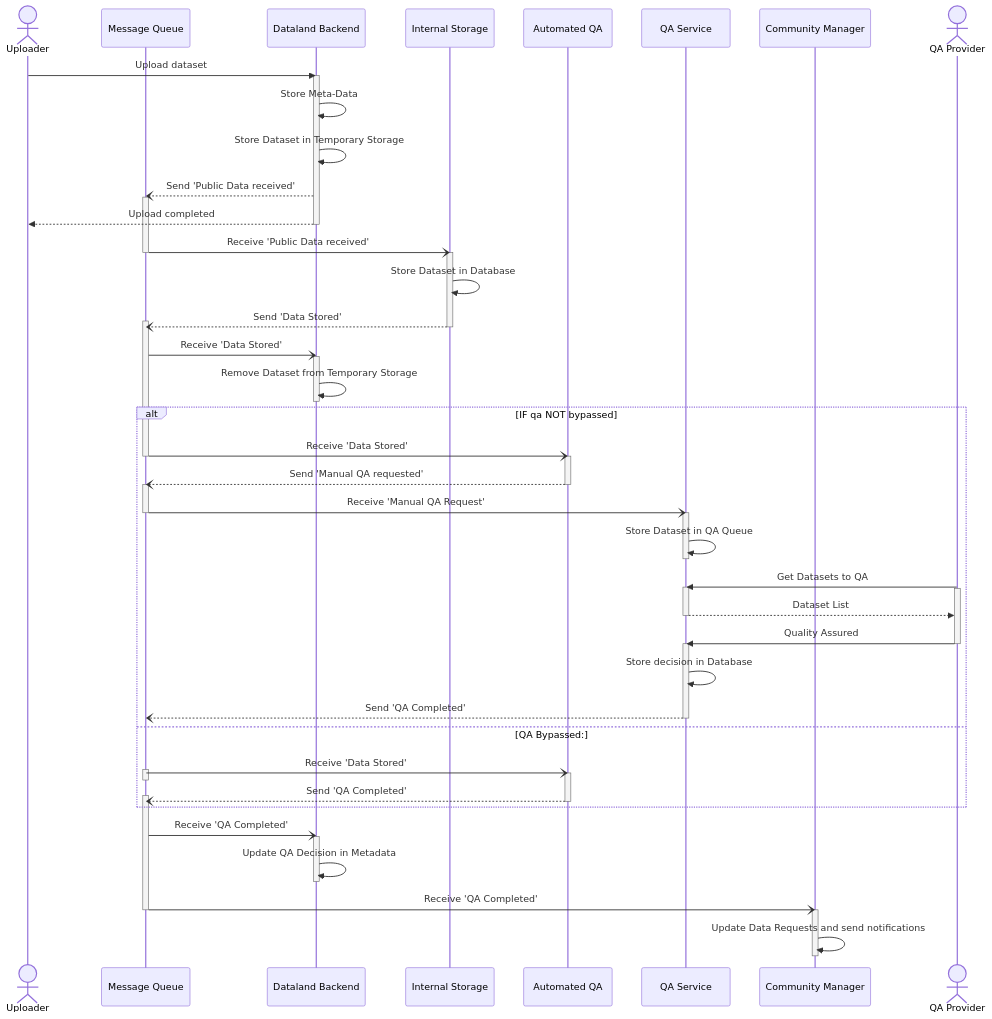
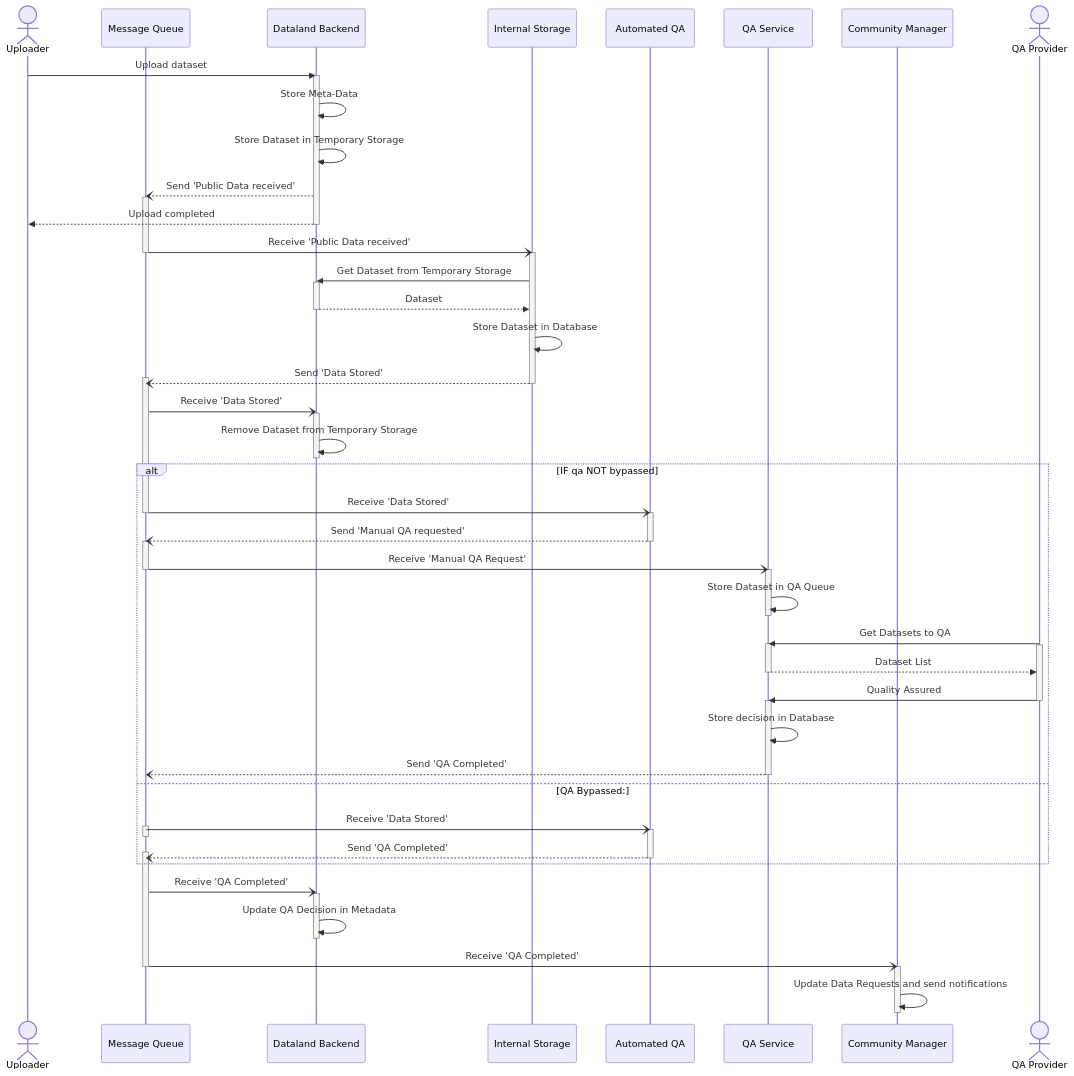
Before and after one commit to d-fine/Dataland: the diagram in documentation/processes/data_upload_and_qa_process.md, drawn with Mermaid.

Commit message:
Add missing step to sequence diagram

```diff
--- a/documentation/processes/data_upload_and_qa_process.md
+++ b/documentation/processes/data_upload_and_qa_process.md
@@ -29,6 +29,10 @@
     mq -) storage: Receive 'Public Data received'
     deactivate mq
     activate storage
+    storage ->> backend: Get Dataset from Temporary Storage
+    activate backend
+    backend -->> storage: Dataset
+    deactivate backend
     storage ->> storage: Store Dataset in Database
     storage --) mq: Send 'Data Stored'
     activate mq
```
